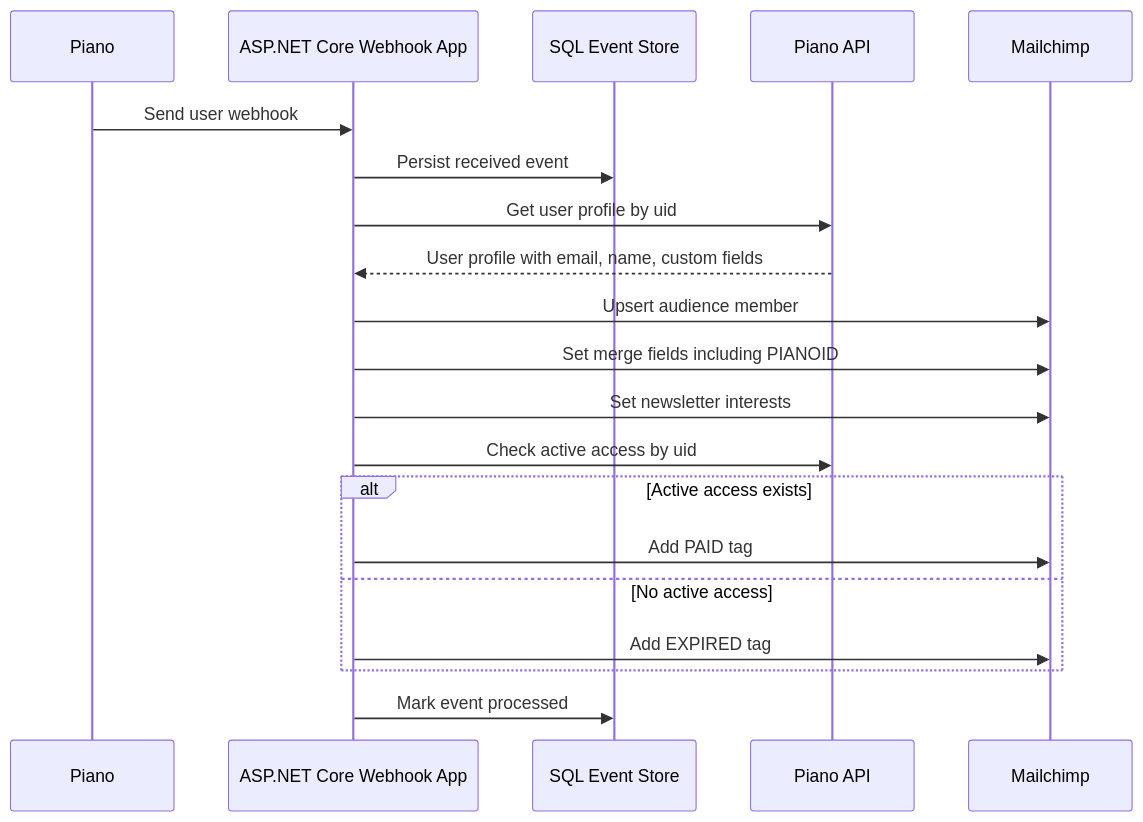
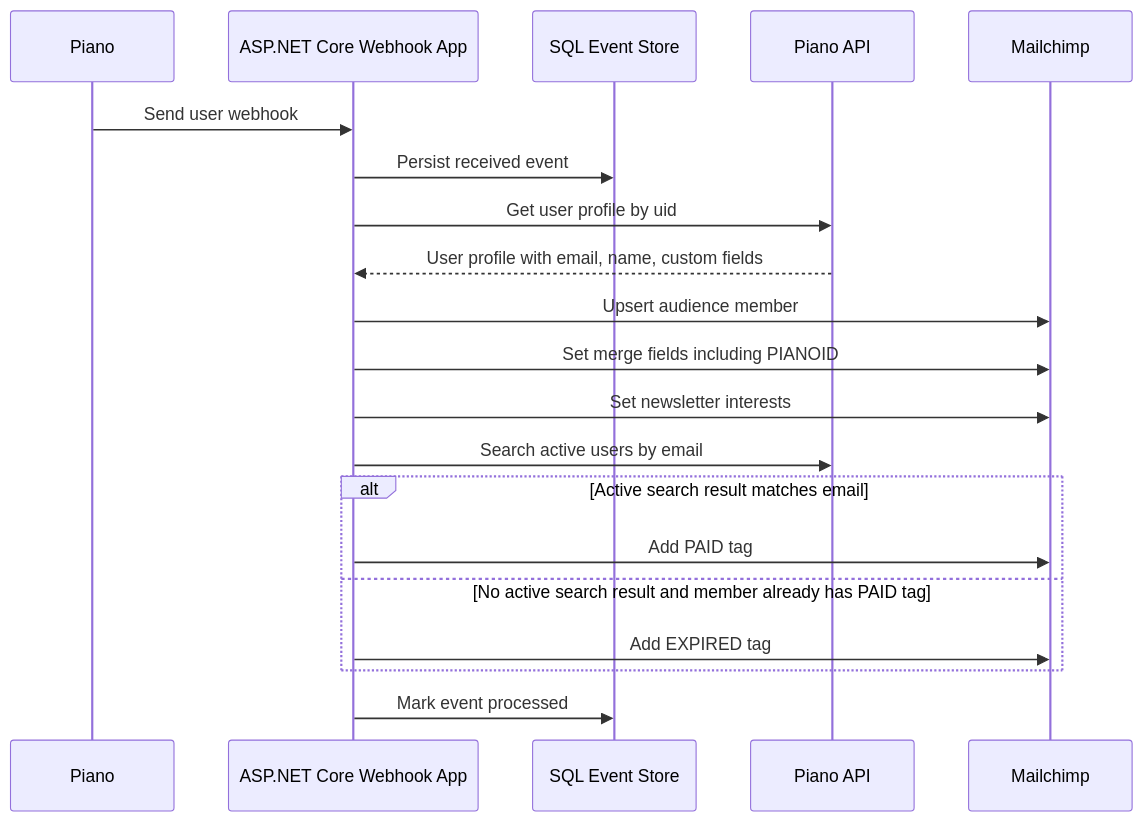
The second of 3 diagrams in ARCHITECTURE.md (Foresight-News/piano-mailchimp-webhook), drawn with Mermaid before and after one commit. The commit also changed 10 other files, not shown here.

First line of the commit message:
Switch Piano active access check to user search by email

````diff
--- a/ARCHITECTURE.md
+++ b/ARCHITECTURE.md
@@ -15,23 +15,23 @@
 ```mermaid
 sequenceDiagram
     participant Piano
     participant Webhook as ASP.NET Core Webhook App
     participant Store as SQL Event Store
     participant PianoApi as Piano API
     participant Mailchimp
 
     Piano->>Webhook: Send user webhook
     Webhook->>Store: Persist received event
     Webhook->>PianoApi: Get user profile by uid
     PianoApi-->>Webhook: User profile with email, name, custom fields
     Webhook->>Mailchimp: Upsert audience member
     Webhook->>Mailchimp: Set merge fields including PIANOID
     Webhook->>Mailchimp: Set newsletter interests
-    Webhook->>PianoApi: Check active access by uid
-    alt Active access exists
+    Webhook->>PianoApi: Search active users by email
+    alt Active search result matches email
         Webhook->>Mailchimp: Add PAID tag
-    else No active access
+    else No active search result and member already has PAID tag
         Webhook->>Mailchimp: Add EXPIRED tag
     end
     Webhook->>Store: Mark event processed
 ```
````
